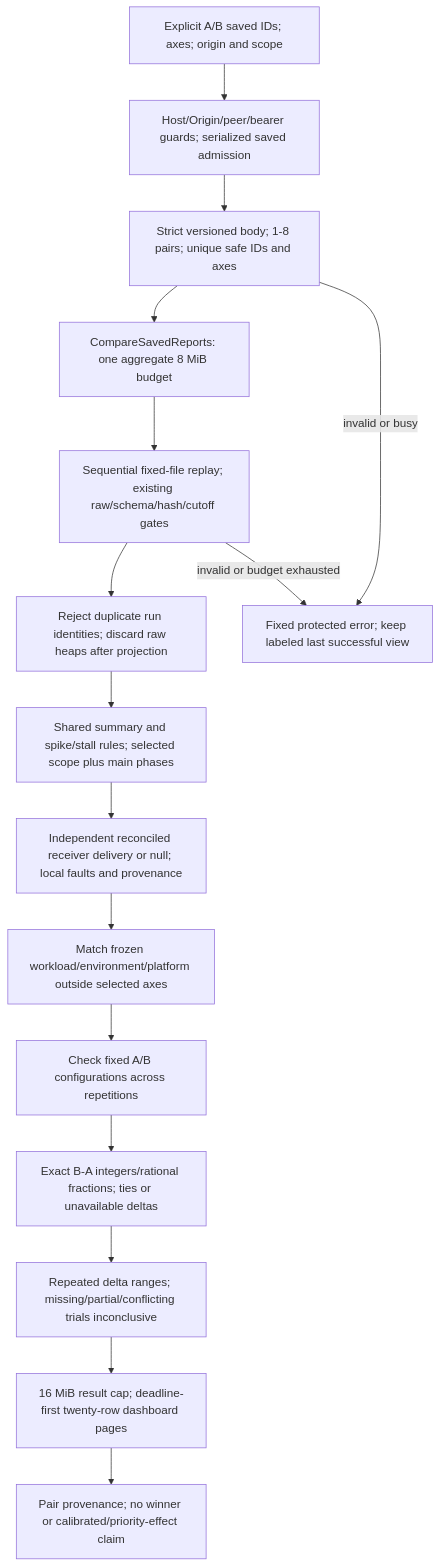
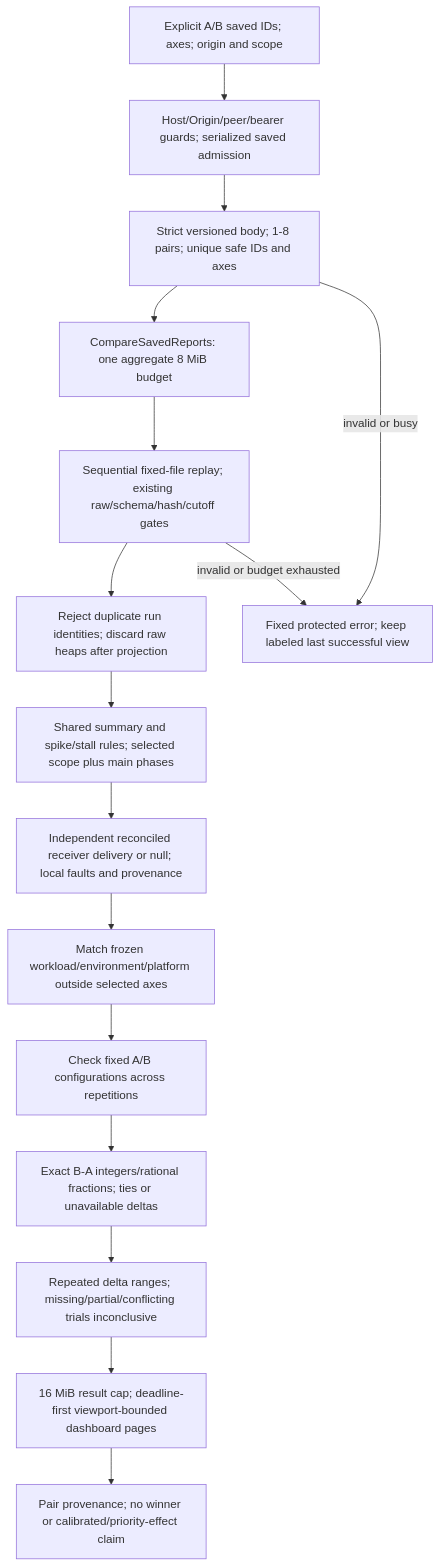
Before and after one commit to rashidbestry/sneaky-port: diagram 21 of 24 in FLOWCHART.md, drawn with Mermaid. The commit also changed other lines of this file and 27 other files, not shown here.

````diff
--- a/FLOWCHART.md
+++ b/FLOWCHART.md
@@ -549,18 +550,18 @@
 ```mermaid
 flowchart TD
     A[Explicit A/B saved IDs; axes; origin and scope] --> B[Host/Origin/peer/bearer guards; serialized saved admission]
     B --> C[Strict versioned body; 1-8 pairs; unique safe IDs and axes]
     C --> D[CompareSavedReports: one aggregate 8 MiB budget]
     D --> E[Sequential fixed-file replay; existing raw/schema/hash/cutoff gates]
     E --> F[Reject duplicate run identities; discard raw heaps after projection]
     F --> G[Shared summary and spike/stall rules; selected scope plus main phases]
     G --> H[Independent reconciled receiver delivery or null; local faults and provenance]
     H --> I[Match frozen workload/environment/platform outside selected axes]
     I --> J[Check fixed A/B configurations across repetitions]
     J --> K[Exact B-A integers/rational fractions; ties or unavailable deltas]
     K --> L[Repeated delta ranges; missing/partial/conflicting trials inconclusive]
-    L --> M[16 MiB result cap; deadline-first twenty-row dashboard pages]
+    L --> M[16 MiB result cap; deadline-first viewport-bounded dashboard pages]
     M --> N[Pair provenance; no winner or calibrated/priority-effect claim]
     C -->|invalid or busy| O[Fixed protected error; keep labeled last successful view]
     E -->|invalid or budget exhausted| O
 ```
````
